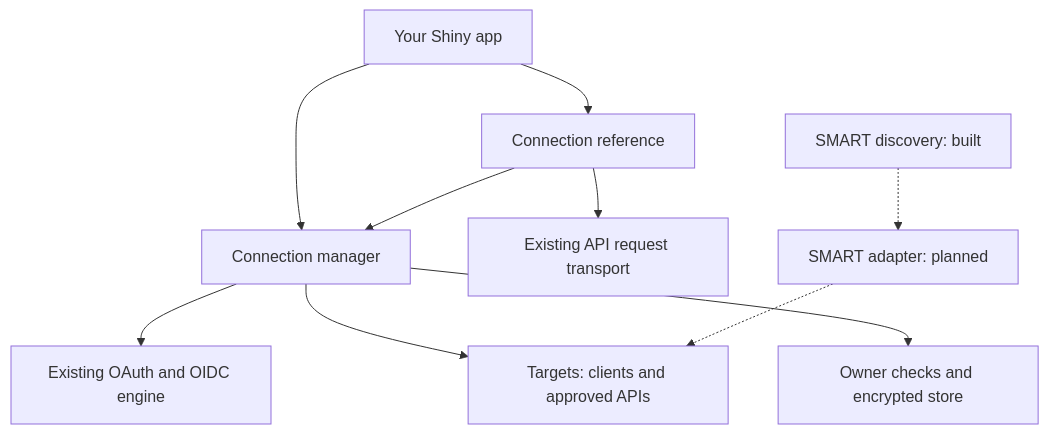
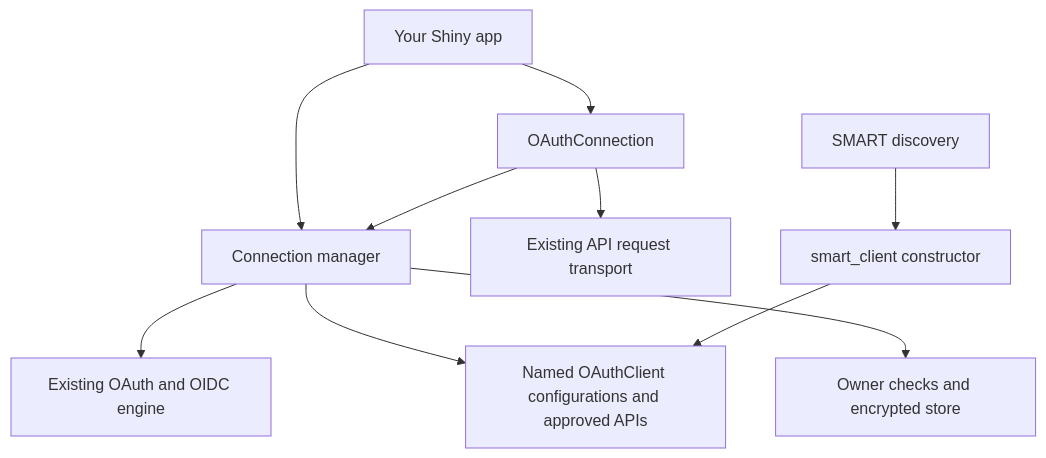
Before and after one commit to lukakoning/shinyOAuth: the diagram in playground/smart-fhir-explained.md, drawn with Mermaid. The commit also changed other lines of this file and 70 other files, not shown here.

Commit message:
refactor: move connection configuration onto OAuthClient

````diff
--- a/playground/smart-fhir-explained.md
+++ b/playground/smart-fhir-explained.md
@@ -290,12 +270,12 @@
 ```mermaid
 flowchart TD
     App[Your Shiny app] --> Manager[Connection manager]
     Manager --> Core[Existing OAuth and OIDC engine]
-    Manager --> Targets[Targets: clients and approved APIs]
+    Manager --> Clients[Named OAuthClient configurations and approved APIs]
     Manager --> Saved[Owner checks and encrypted store]
-    App --> Ref[Connection reference]
-    Ref --> Manager
-    Ref --> HTTP[Existing API request transport]
-    Discovery[SMART discovery: built] -.-> SMART[SMART adapter: planned]
-    SMART -.-> Targets
+    App --> Connection[OAuthConnection]
+    Connection --> Manager
+    Connection --> HTTP[Existing API request transport]
+    Discovery[SMART discovery] --> SMART[smart_client constructor]
+    SMART --> Clients
 ```
````
